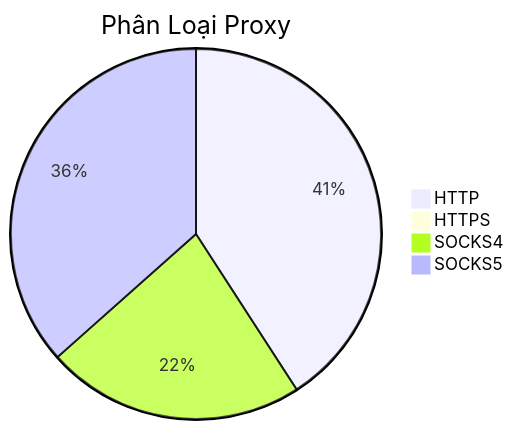
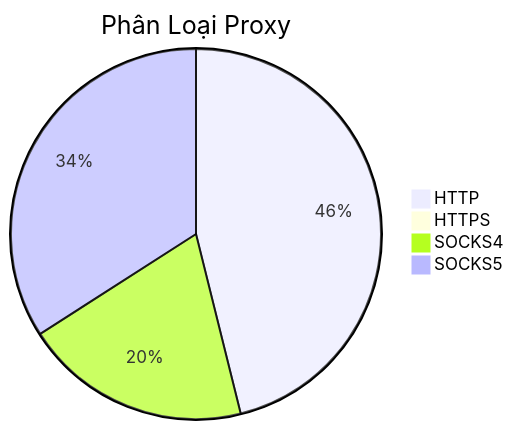
The diagram in README.md (Ciara-Aa/PROXY-free), drawn with Mermaid before and after one commit. The commit also changed other lines of this file and 4 other files, not shown here.

````diff
--- a/README.md
+++ b/README.md
@@ -26,7 +26,7 @@
 ```mermaid
 pie title Phân Loại Proxy
-    "HTTP" : 257
+    "HTTP" : 291
     "HTTPS" : 4
-    "SOCKS4" : 142
-    "SOCKS5" : 230
+    "SOCKS4" : 125
+    "SOCKS5" : 215
 ```
````
